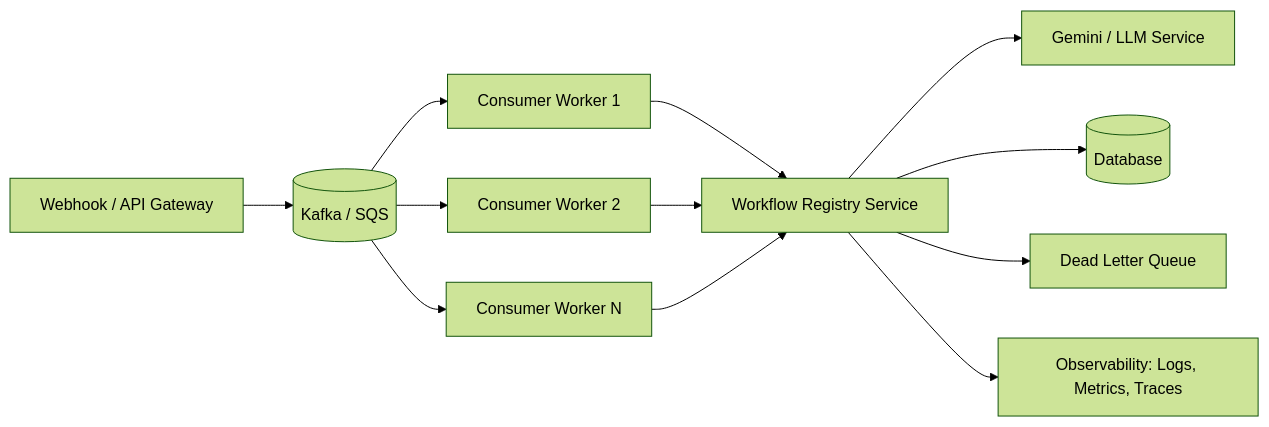
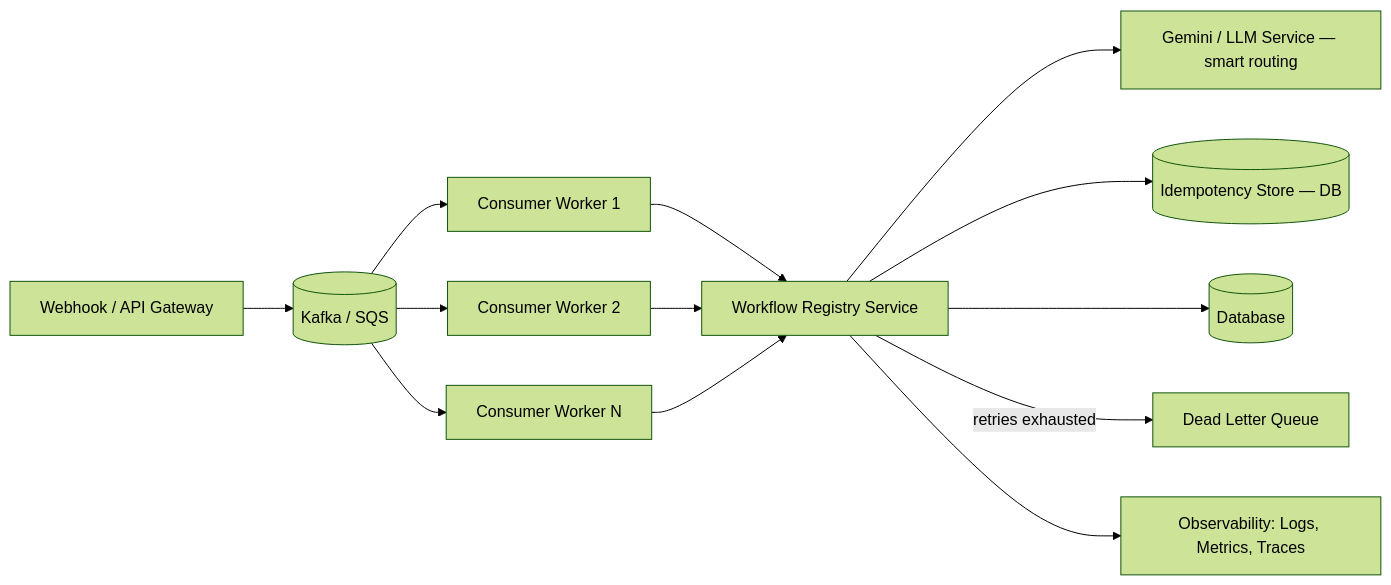
Before and after one commit to techakash32/Event-Driven-Workflow-Engine: the third of 3 diagrams in README.md, drawn with Mermaid (forest theme). The commit also changed other lines of this file, not shown here.

````diff
--- a/README.md
+++ b/README.md
@@ -474,14 +613,15 @@
 ```mermaid
 graph LR
     A[Webhook / API Gateway] --> B[(Kafka / SQS)]
     B --> C1[Consumer Worker 1]
     B --> C2[Consumer Worker 2]
     B --> C3[Consumer Worker N]
     C1 --> D[Workflow Registry Service]
     C2 --> D
     C3 --> D
-    D --> E[Gemini / LLM Service]
-    D --> F[(Database)]
-    D --> G[Dead Letter Queue]
-    D --> H[Observability: Logs, Metrics, Traces]
+    D --> E[Gemini / LLM Service — smart routing]
+    D --> F[(Idempotency Store — DB)]
+    D --> G[(Database)]
+    D -- retries exhausted --> H[Dead Letter Queue]
+    D --> I[Observability: Logs, Metrics, Traces]
 ```
````
